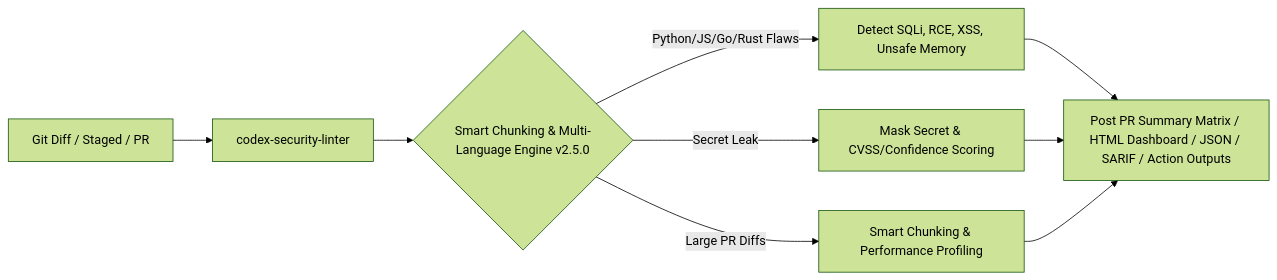
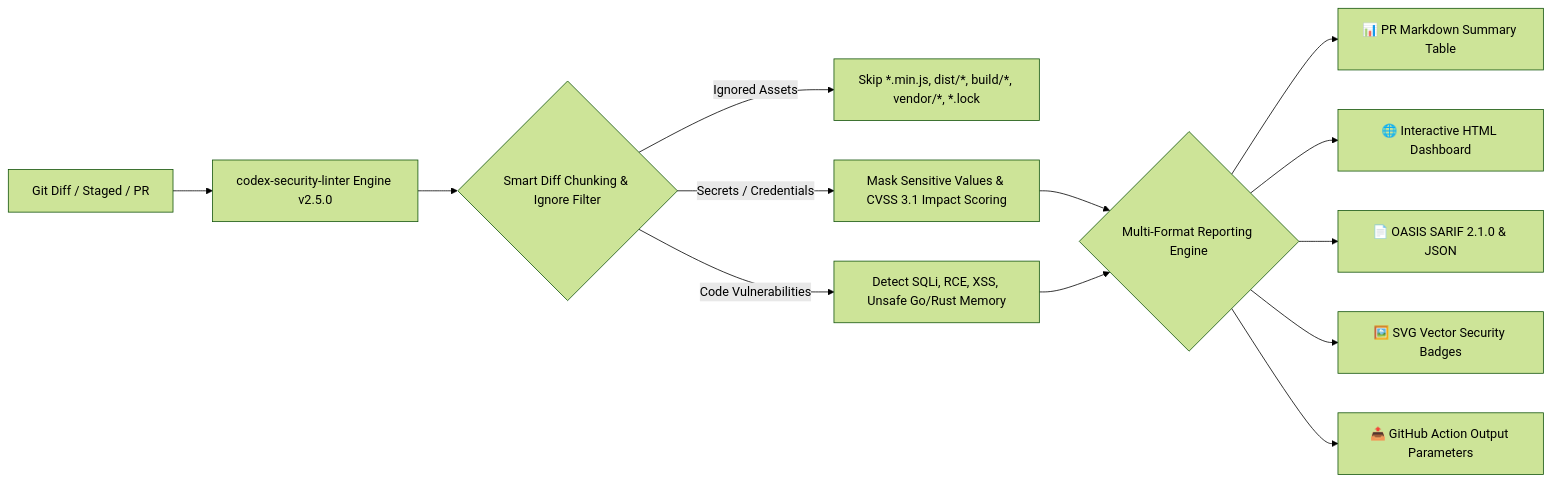
The diagram in README.md (knmt1219/codex-security-linter), drawn with Mermaid (forest theme) before and after one commit. The commit also changed other lines of this file and 1 other file, not shown here.

Commit message:
docs(v2.5.0): update README.md with comprehensive multi-language support, mermaid architecture, and CLI options

````diff
--- a/README.md
+++ b/README.md
@@ -16,9 +17,14 @@
 ```mermaid
 graph LR
-    A[Git Diff / Staged / PR] --> B[codex-security-linter]
-    B --> C{Smart Chunking & Multi-Language Engine v2.5.0}
-    C -->|Python/JS/Go/Rust Flaws| D[Detect SQLi, RCE, XSS, Unsafe Memory]
-    C -->|Secret Leak| E[Mask Secret & CVSS/Confidence Scoring]
-    C -->|Large PR Diffs| F[Smart Chunking & Performance Profiling]
-    D & E & F --> G[Post PR Summary Matrix / HTML Dashboard / JSON / SARIF / Action Outputs]
+    A[Git Diff / Staged / PR] --> B[codex-security-linter Engine v2.5.0]
+    B --> C{Smart Diff Chunking & Ignore Filter}
+    C -->|Ignored Assets| D[Skip *.min.js, dist/*, build/*, vendor/*, *.lock]
+    C -->|Secrets / Credentials| E[Mask Sensitive Values & CVSS 3.1 Impact Scoring]
+    C -->|Code Vulnerabilities| F[Detect SQLi, RCE, XSS, Unsafe Go/Rust Memory]
+    E & F --> G{Multi-Format Reporting Engine}
+    G --> H[📊 PR Markdown Summary Table]
+    G --> I[🌐 Interactive HTML Dashboard]
+    G --> J[📄 OASIS SARIF 2.1.0 & JSON]
+    G --> K[🖼️ SVG Vector Security Badges]
+    G --> L[📤 GitHub Action Output Parameters]
 ```
````
